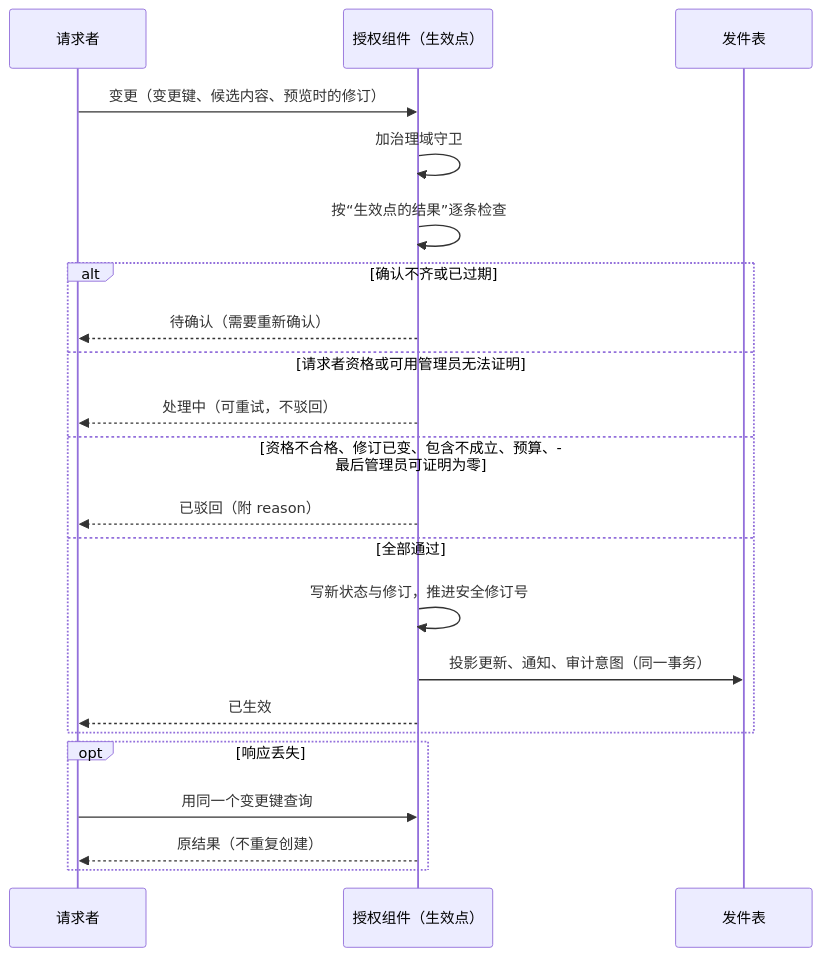
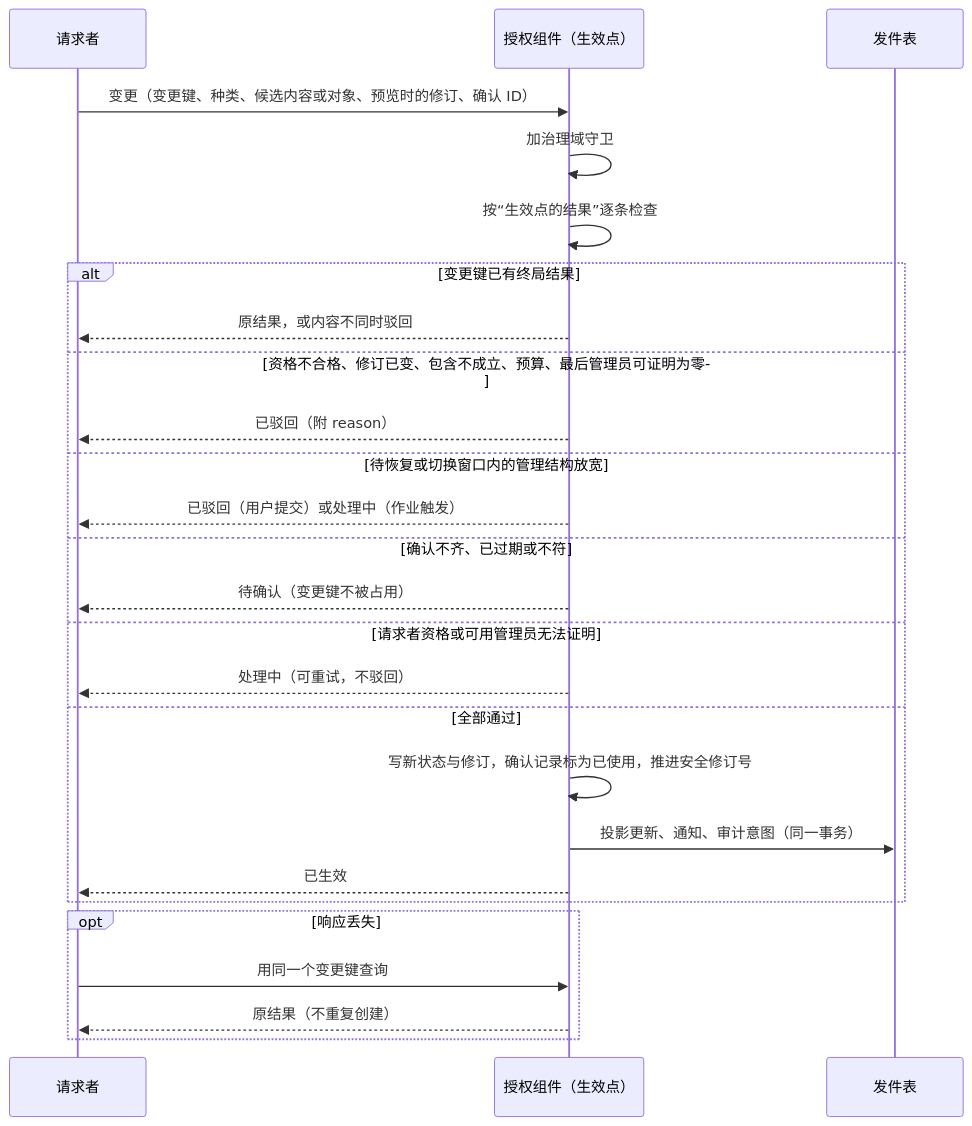
Before and after one commit to brickKit/be-assembly-standard: the first of 2 diagrams in tempDocs/final/06-protocols/security/08-state-and-change-protocol.md, drawn with Mermaid. The commit also changed other lines of this file and 10 other files, not shown here.

````diff
--- a/tempDocs/final/06-protocols/security/08-state-and-change-protocol.md
+++ b/tempDocs/final/06-protocols/security/08-state-and-change-protocol.md
@@ -159,24 +166,28 @@
 ```mermaid
 sequenceDiagram
     participant R as 请求者
     participant Z as 授权组件（生效点）
     participant O as 发件表
-    R->>Z: 变更（变更键、候选内容、预览时的修订）
+    R->>Z: 变更（变更键、种类、候选内容或对象、预览时的修订、确认 ID）
     Z->>Z: 加治理域守卫
     Z->>Z: 按“生效点的结果”逐条检查
-    alt 确认不齐或已过期
-        Z-->>R: 待确认（需要重新确认）
+    alt 变更键已有终局结果
+        Z-->>R: 原结果，或内容不同时驳回
+    else 资格不合格、修订已变、包含不成立、预算、最后管理员可证明为零
+        Z-->>R: 已驳回（附 reason）
+    else 待恢复或切换窗口内的管理结构放宽
+        Z-->>R: 已驳回（用户提交）或处理中（作业触发）
+    else 确认不齐、已过期或不符
+        Z-->>R: 待确认（变更键不被占用）
     else 请求者资格或可用管理员无法证明
         Z-->>R: 处理中（可重试，不驳回）
-    else 资格不合格、修订已变、包含不成立、预算、最后管理员可证明为零
-        Z-->>R: 已驳回（附 reason）
     else 全部通过
-        Z->>Z: 写新状态与修订，推进安全修订号
+        Z->>Z: 写新状态与修订，确认记录标为已使用，推进安全修订号
         Z->>O: 投影更新、通知、审计意图（同一事务）
         Z-->>R: 已生效
     end
     opt 响应丢失
         R->>Z: 用同一个变更键查询
         Z-->>R: 原结果（不重复创建）
     end
 ```
````
